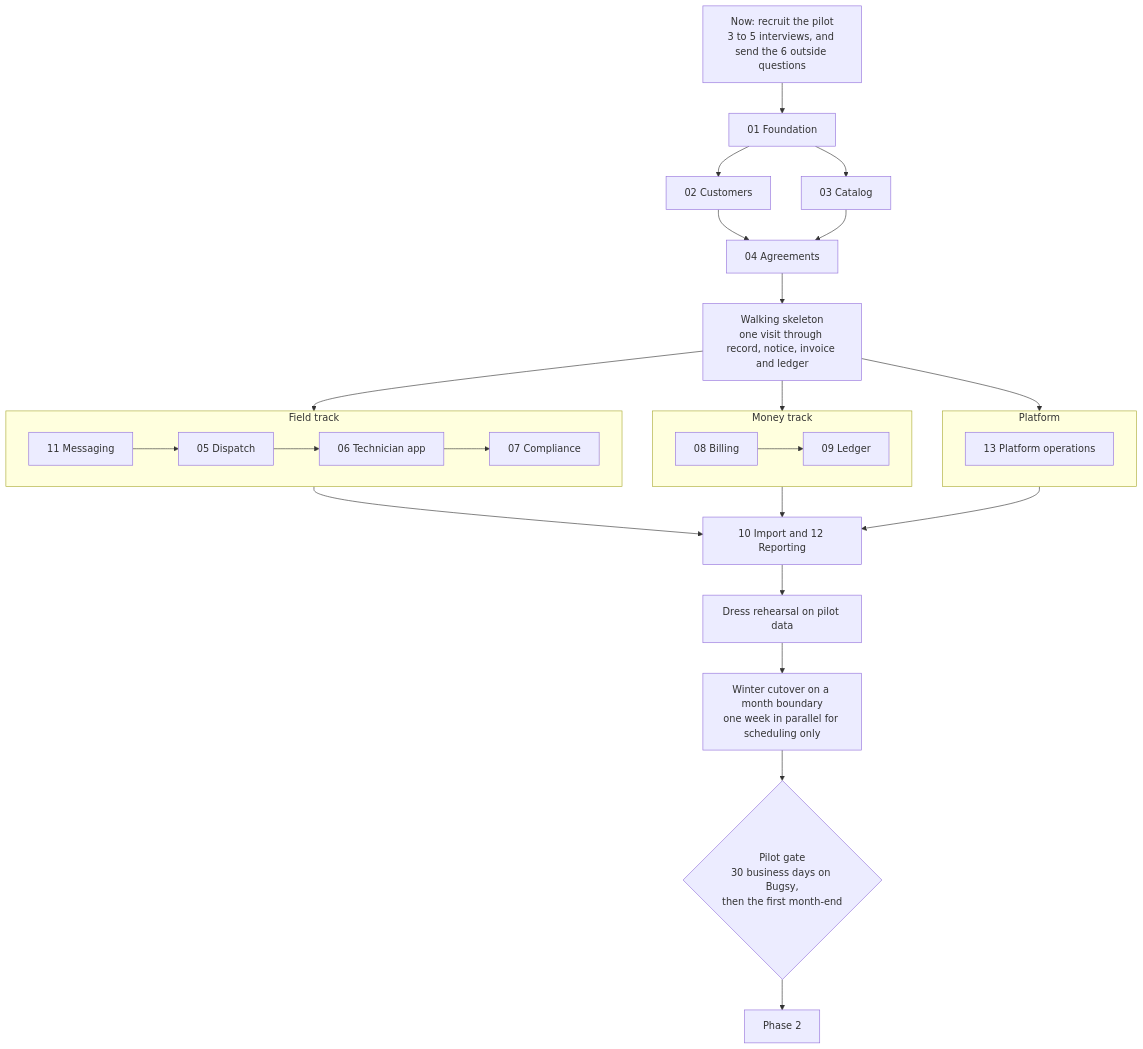
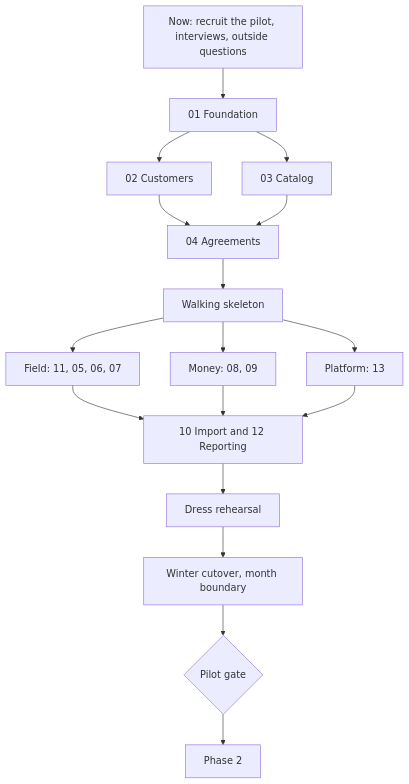
One commit to sw1tchfts/bugsy changed the second of 2 diagrams in docs/prd.md. Above: the diagram before and after it, drawn with Mermaid. The commit also changed other lines of this file and 4 other files, not shown here.

````diff
--- a/docs/prd.md
+++ b/docs/prd.md
@@ -249,26 +306,7 @@
 ```mermaid
 flowchart TD
-  now["Now: recruit the pilot<br/>3 to 5 interviews, and send the 6 outside questions"]
-  s01["01 Foundation"]
-  s02["02 Customers"]
-  s03["03 Catalog"]
-  s04["04 Agreements"]
-  skel["Walking skeleton<br/>one visit through record, notice, invoice and ledger"]
-  subgraph field["Field track"]
-    s11["11 Messaging"] --> s05["05 Dispatch"] --> s06["06 Technician app"] --> s07["07 Compliance"]
-  end
-  subgraph money["Money track"]
-    s08["08 Billing"] --> s09["09 Ledger"]
-  end
-  subgraph platform["Platform"]
-    s13["13 Platform operations"]
-  end
-  prep["10 Import and 12 Reporting"]
-  rehearsal["Dress rehearsal on pilot data"]
-  cutover["Winter cutover on a month boundary<br/>one week in parallel for scheduling only"]
-  gate{"Pilot gate<br/>30 business days on Bugsy,<br/>then the first month-end"}
-  phase2["Phase 2"]
-  now --> s01 --> s02 & s03 --> s04 --> skel
-  skel --> field & money & platform
-  field & money & platform --> prep --> rehearsal --> cutover --> gate --> phase2
+  now["Now: recruit the pilot, interviews, outside questions"] --> s01["01 Foundation"] --> s02["02 Customers"] & s03["03 Catalog"]
+  s02 & s03 --> s04["04 Agreements"] --> skel["Walking skeleton"]
+  skel --> field["Field: 11, 05, 06, 07"] & money["Money: 08, 09"] & platform["Platform: 13"]
+  field & money & platform --> prep["10 Import and 12 Reporting"] --> rehearsal["Dress rehearsal"] --> cutover["Winter cutover, month boundary"] --> gate{"Pilot gate"} --> phase2["Phase 2"]
 ```
````
